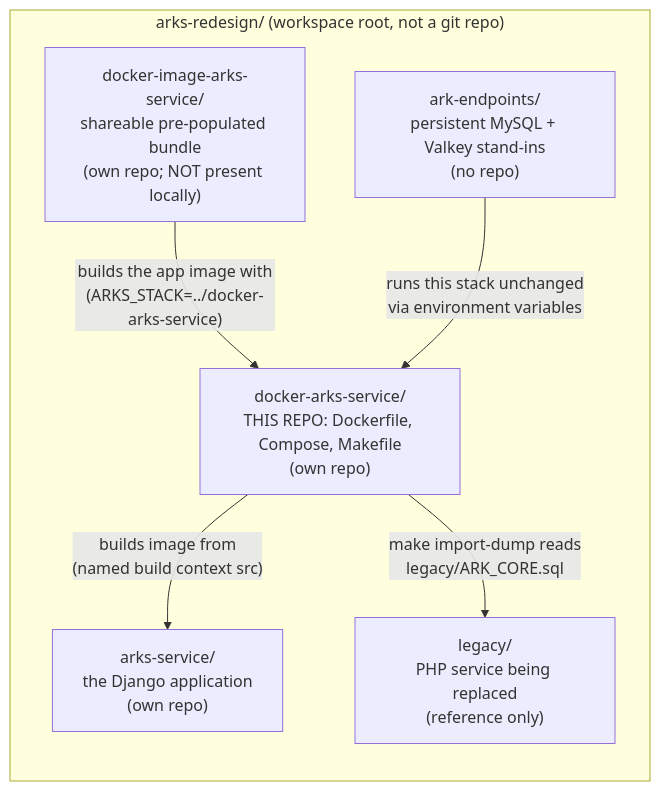
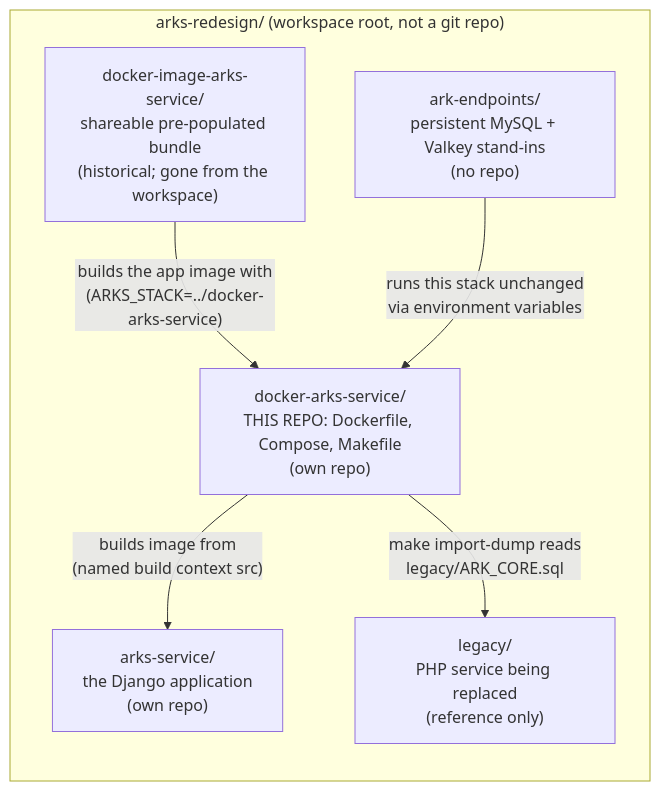
The first of 9 diagrams in docs/GUIDES.md (digitalutsc/docker-arks-service), drawn with Mermaid before and after one commit. The commit also changed other lines of this file and 6 other files, not shown here.

````diff
--- a/docs/GUIDES.md
+++ b/docs/GUIDES.md
@@ -57,14 +57,14 @@
 ```mermaid
 graph LR
   subgraph workspace["arks-redesign/ (workspace root, not a git repo)"]
     APP["arks-service/<br/>the Django application<br/>(own repo)"]
     STACK["docker-arks-service/<br/>THIS REPO: Dockerfile, Compose, Makefile<br/>(own repo)"]
-    IMG["docker-image-arks-service/<br/>shareable pre-populated bundle<br/>(own repo; NOT present locally)"]
+    IMG["docker-image-arks-service/<br/>shareable pre-populated bundle<br/>(historical; gone from the workspace)"]
     EP["ark-endpoints/<br/>persistent MySQL + Valkey stand-ins<br/>(no repo)"]
     LEG["legacy/<br/>PHP service being replaced<br/>(reference only)"]
   end
   STACK -- "builds image from<br/>(named build context src)" --> APP
   IMG -- "builds the app image with<br/>(ARKS_STACK=../docker-arks-service)" --> STACK
   EP -- "runs this stack unchanged<br/>via environment variables" --> STACK
   STACK -- "make import-dump reads<br/>legacy/ARK_CORE.sql" --> LEG
 ```
````
